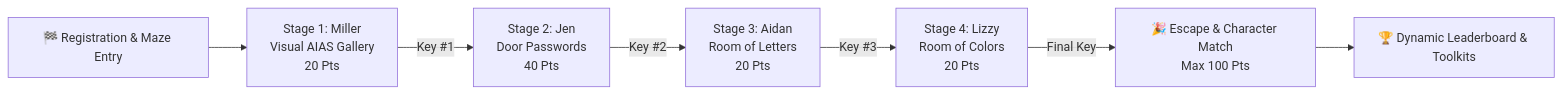
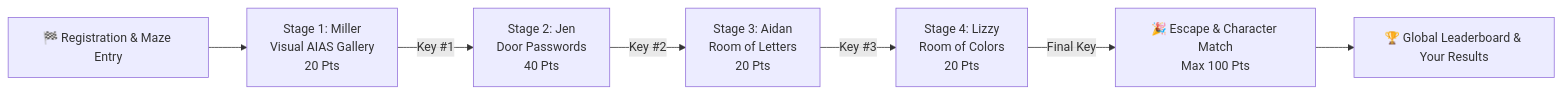
The diagram in README.md (fazrigading/MilleRace), drawn with Mermaid before and after one commit. The commit also changed other lines of this file, not shown here.

````diff
--- a/README.md
+++ b/README.md
@@ -78,9 +90,9 @@
 ```mermaid
 flowchart LR
     A[🏁 Registration & Maze Entry] --> B[Stage 1: Miller<br/>Visual AIAS Gallery<br/>20 Pts]
     B -->|Key #1| C[Stage 2: Jen<br/>Door Passwords<br/>40 Pts]
     C -->|Key #2| D[Stage 3: Aidan<br/>Room of Letters<br/>20 Pts]
     D -->|Key #3| E[Stage 4: Lizzy<br/>Room of Colors<br/>20 Pts]
     E -->|Final Key| F[🎉 Escape & Character Match<br/>Max 100 Pts]
-    F --> G[🏆 Dynamic Leaderboard & Toolkits]
+    F --> G[🏆 Global Leaderboard & Your Results]
 ```
````
